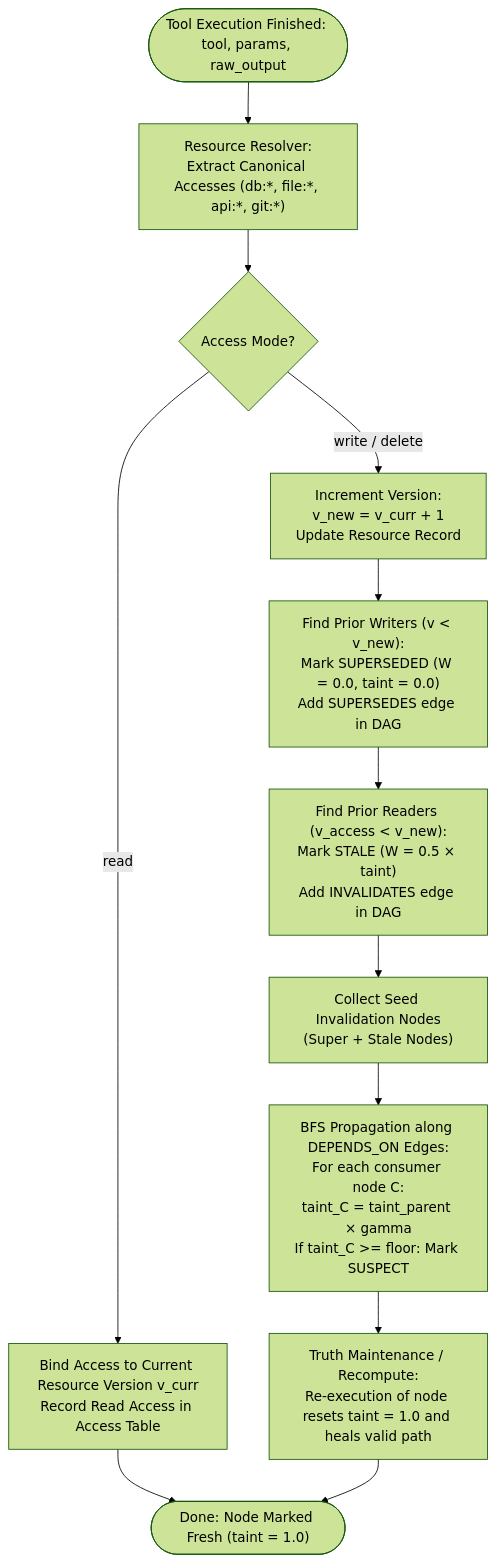
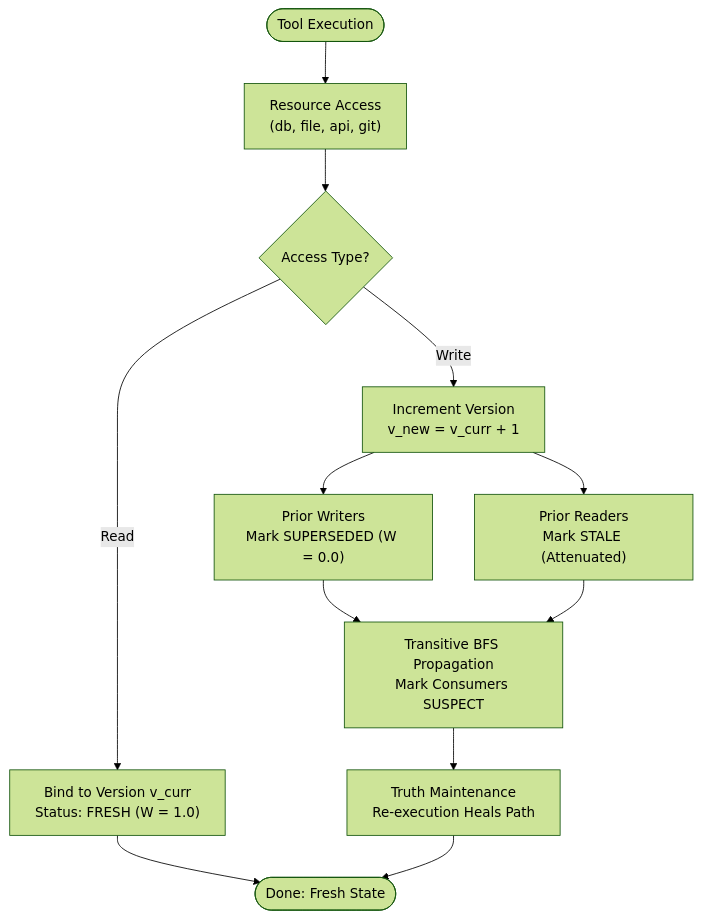
One commit to rsmyst/llmEndsem changed the diagram in report/figures/dag_flowchart.mmd. Above: the diagram before and after it, drawn with Mermaid (forest theme). The commit also changed 17 other files, not shown here.

```diff
--- a/report/figures/dag_flowchart.mmd
+++ b/report/figures/dag_flowchart.mmd
@@ -1,15 +1,14 @@
 flowchart TD
-    Start(["Tool Execution Finished: tool, params, raw_output"]) --> Extract["Resource Resolver:<br/>Extract Canonical Accesses (db:*, file:*, api:*, git:*)"]
-    Extract --> CheckMode{"Access Mode?"}
+    Start(["Tool Execution"]) --> Extract["Resource Access<br/>(db, file, api, git)"]
+    Extract --> Check{"Access Type?"}
 
-    CheckMode -- "read" --> BindRead["Bind Access to Current Resource Version v_curr<br/>Record Read Access in Access Table"]
-    BindRead --> Done(["Done: Node Marked Fresh (taint = 1.0)"])
+    Check -- "Read" --> BindRead["Bind to Version v_curr<br/>Status: FRESH (W = 1.0)"]
+    BindRead --> Done(["Done: Fresh State"])
 
-    CheckMode -- "write / delete" --> Incr["Increment Version:<br/>v_new = v_curr + 1<br/>Update Resource Record"]
-    Incr --> Super["Find Prior Writers (v < v_new):<br/>Mark SUPERSEDED (W = 0.0, taint = 0.0)<br/>Add SUPERSEDES edge in DAG"]
-    Super --> Stale["Find Prior Readers (v_access < v_new):<br/>Mark STALE (W = 0.5 × taint)<br/>Add INVALIDATES edge in DAG"]
-    Stale --> Seed["Collect Seed Invalidation Nodes<br/>(Super + Stale Nodes)"]
+    Check -- "Write" --> Incr["Increment Version<br/>v_new = v_curr + 1"]
+    Incr --> Super["Prior Writers<br/>Mark SUPERSEDED (W = 0.0)"]
+    Incr --> Stale["Prior Readers<br/>Mark STALE (Attenuated)"]
 
-    Seed --> BFS["BFS Propagation along DEPENDS_ON Edges:<br/>For each consumer node C:<br/>taint_C = taint_parent × gamma<br/>If taint_C >= floor: Mark SUSPECT"]
-    BFS --> Truth["Truth Maintenance / Recompute:<br/>Re-execution of node resets taint = 1.0 and heals valid path"]
+    Super & Stale --> BFS["Transitive BFS Propagation<br/>Mark Consumers SUSPECT"]
+    BFS --> Truth["Truth Maintenance<br/>Re-execution Heals Path"]
     Truth --> Done
```
